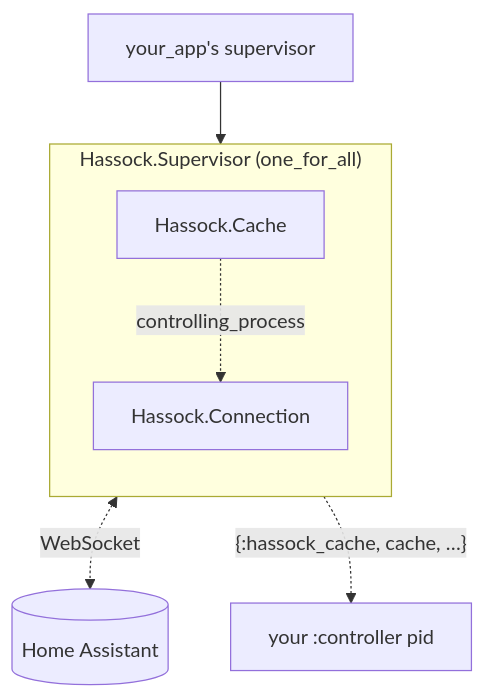
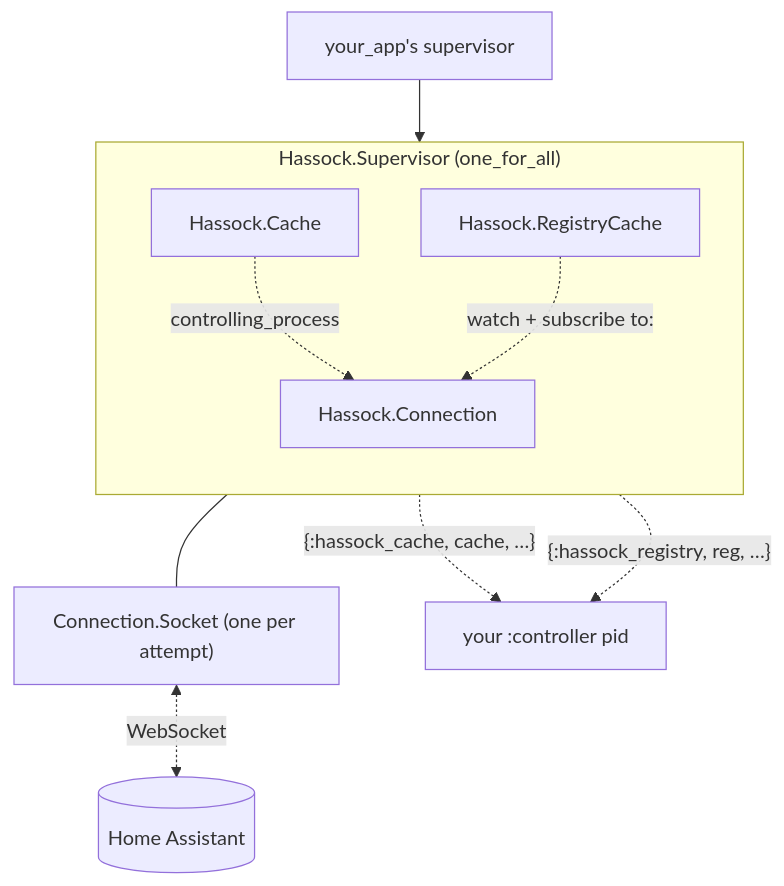
The diagram in README.md (bbangert/hassock), drawn with Mermaid before and after one commit. The commit also changed other lines of this file and 38 other files, not shown here.

````diff
--- a/README.md
+++ b/README.md
@@ -129,18 +270,23 @@
 ```mermaid
 flowchart TD
     App["your_app's supervisor"]
     App --> Sup
 
     subgraph Sup["Hassock.Supervisor (one_for_all)"]
       direction TB
       Conn["Hassock.Connection"]
       Cache["Hassock.Cache"]
+      Reg["Hassock.RegistryCache"]
     end
 
+    Sock["Connection.Socket (one per attempt)"]
     HA[("Home Assistant")]
     Ctrl["your :controller pid"]
 
-    Conn <-. "WebSocket" .-> HA
+    Conn --- Sock
+    Sock <-. "WebSocket" .-> HA
     Cache -. "controlling_process" .-> Conn
+    Reg -. "watch + subscribe to:" .-> Conn
     Cache -. "{:hassock_cache, cache, …}" .-> Ctrl
+    Reg -. "{:hassock_registry, reg, …}" .-> Ctrl
 ```
````
